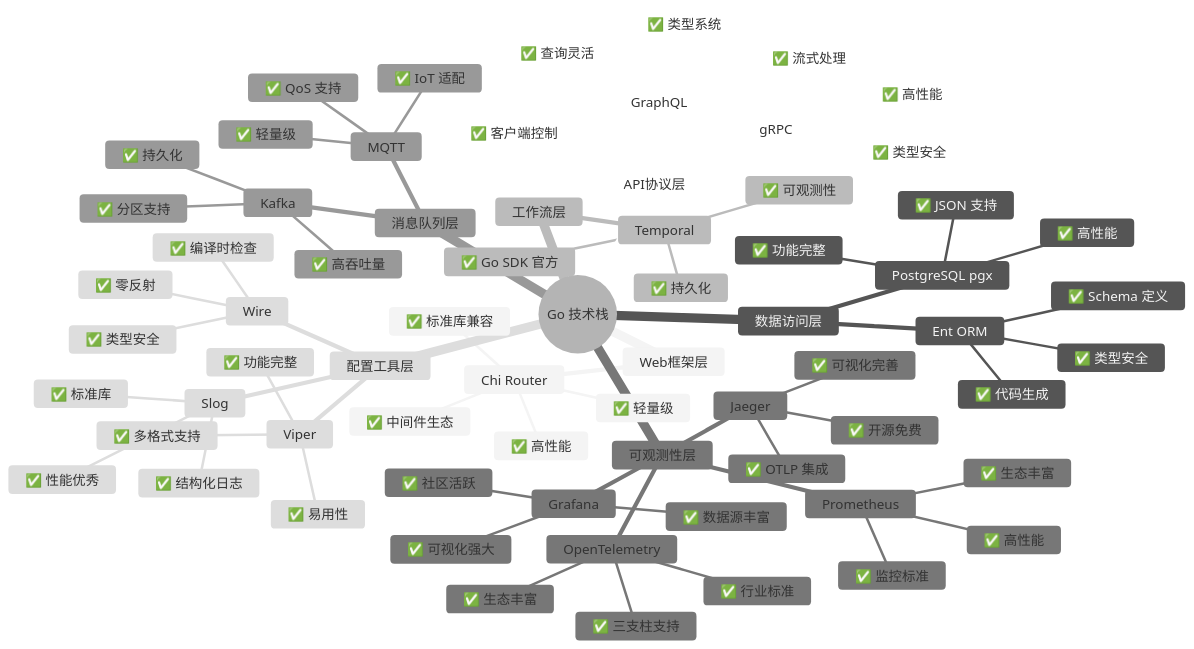
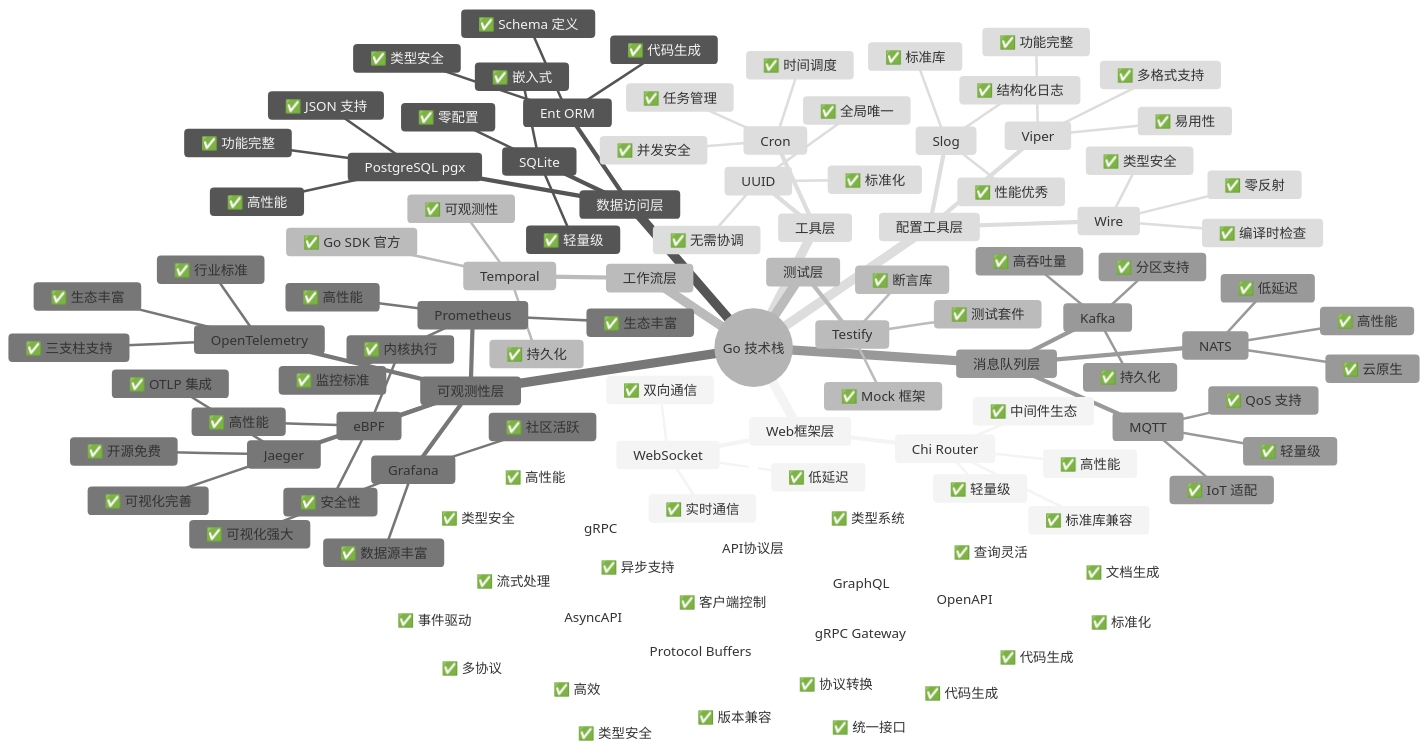
The diagram in docs/architecture/tech-stack/00-技术栈概览.md (AdaMartin18010/golang), drawn with Mermaid (neutral theme) before and after one commit. The commit also changed 61 other files, not shown here.

````diff
--- a/docs/architecture/tech-stack/00-技术栈概览.md
+++ b/docs/architecture/tech-stack/00-技术栈概览.md
@@ -29,6 +29,10 @@
         ✅ 轻量级
         ✅ 高性能
         ✅ 中间件生态
+      WebSocket
+        ✅ 实时通信
+        ✅ 双向通信
+        ✅ 低延迟
     数据访问层
       Ent ORM
         ✅ 类型安全
@@ -38,6 +42,10 @@
         ✅ 高性能
         ✅ 功能完整
         ✅ JSON 支持
+      SQLite
+        ✅ 轻量级
+        ✅ 零配置
+        ✅ 嵌入式
     工作流层
       Temporal
         ✅ Go SDK 官方
@@ -60,6 +68,10 @@
         ✅ OTLP 集成
         ✅ 可视化完善
         ✅ 开源免费
+      eBPF
+        ✅ 内核执行
+        ✅ 高性能
+        ✅ 安全性
     消息队列层
       Kafka
         ✅ 高吞吐量
@@ -69,6 +81,10 @@
         ✅ IoT 适配
         ✅ 轻量级
         ✅ QoS 支持
+      NATS
+        ✅ 高性能
+        ✅ 低延迟
+        ✅ 云原生
     配置工具层
       Viper
         ✅ 功能完整
@@ -91,4 +107,34 @@
         ✅ 查询灵活
         ✅ 类型系统
         ✅ 客户端控制
+      OpenAPI
+        ✅ 标准化
+        ✅ 代码生成
+        ✅ 文档生成
+      AsyncAPI
+        ✅ 异步支持
+        ✅ 多协议
+        ✅ 事件驱动
+      Protocol Buffers
+        ✅ 高效
+        ✅ 类型安全
+        ✅ 版本兼容
+      gRPC Gateway
+        ✅ 协议转换
+        ✅ 代码生成
+        ✅ 统一接口
+    工具层
+      UUID
+        ✅ 全局唯一
+        ✅ 无需协调
+        ✅ 标准化
+      Cron
+        ✅ 时间调度
+        ✅ 并发安全
+        ✅ 任务管理
+    测试层
+      Testify
+        ✅ 断言库
+        ✅ Mock 框架
+        ✅ 测试套件
 ```
````
